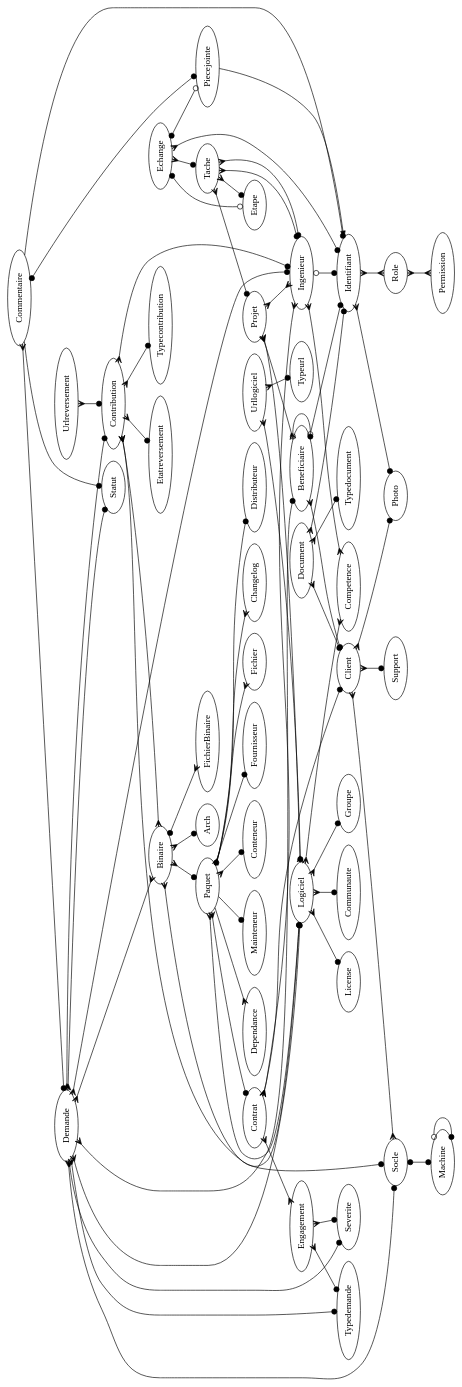
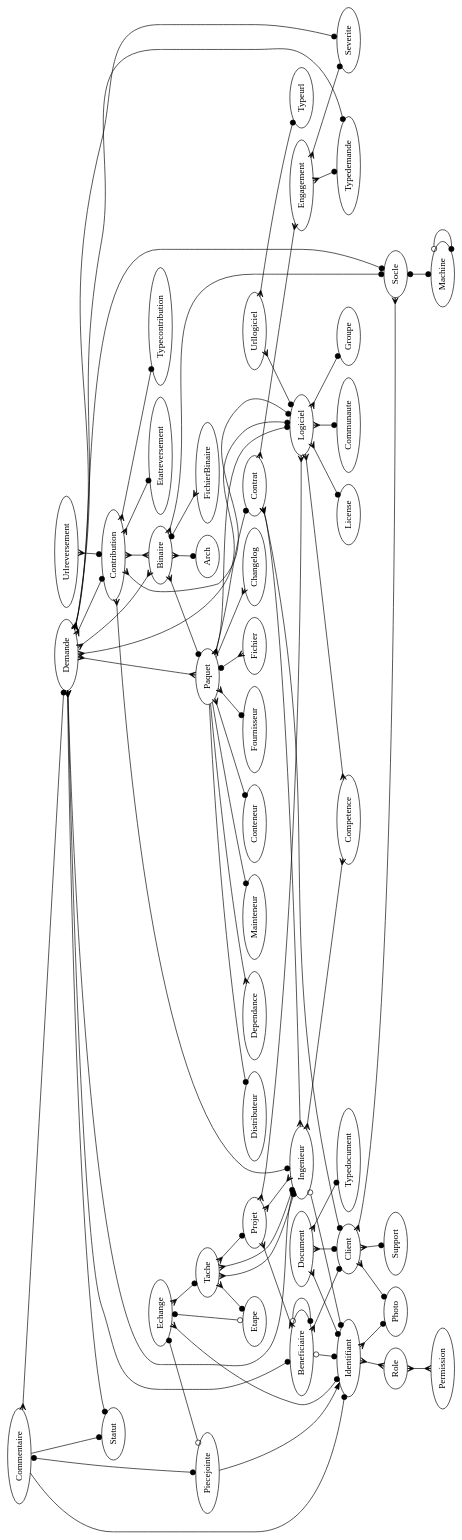
One commit to trivoallan/tosca changed the diagram in doc/modele_donnee.dot. Above: the diagram before and after it, drawn with Graphviz. The commit also changed 6 other files, not shown here.

```diff
--- a/doc/modele_donnee.dot
+++ b/doc/modele_donnee.dot
@@ -1,81 +1,82 @@
 digraph x {
 
 rotate=90;
 
 Binaire -> Paquet [arrowhead=dot,arrowtail=crow,dir=both]
 Binaire -> Socle [arrowhead=dot,dir=both,arrowtail=crow]
 Binaire -> Arch [arrowhead=dot,dir=both,arrowtail=crow]
 Binaire -> FichierBinaire [arrowhead=crow,dir=both,arrowtail=dot]
 
 Beneficiaire -> Identifiant [arrowhead=dot,arrowtail=odot,dir=both]
 Beneficiaire -> Client [arrowhead=dot,dir=both,arrowtail=crow]
 Beneficiaire -> Beneficiaire [arrowhead=dot,arrowtail=odot,dir=both]
 Client -> Photo [arrowhead=dot,dir=both,arrowtail=crow]
 Client -> Support [arrowhead=dot,dir=both,arrowtail=crow]
 Client -> Socle [arrowhead=crow,dir=both,arrowtail=crow]
 Commentaire -> Demande [arrowhead=dot,dir=both,arrowtail=crow]
 Commentaire -> Identifiant [arrowhead=dot]
 Commentaire -> Piecejointe [arrowhead=dot,dir=both,arrowtail=dot]
 Commentaire -> Statut [arrowhead=dot]
 Contrat -> Client [arrowhead=dot,dir=both,arrowtail=crow]
 Contrat -> Ingenieur [arrowhead=crow,arrowtail=crow,dir=both]
 Contrat -> Engagement [arrowhead=crow,arrowtail=crow,dir=both]
 Identifiant -> Photo [arrowhead=dot,dir=both,arrowtail=crow]
 Identifiant -> Role [arrowhead=crow,arrowtail=crow,dir=both]
 Ingenieur -> Competence [arrowhead=crow,arrowtail=crow,dir=both]
 Ingenieur -> Identifiant [arrowhead=dot,arrowtail=odot,dir=both]
 Logiciel -> Competence [arrowhead=crow,arrowtail=crow,dir=both]
 Logiciel -> License [arrowhead=dot,dir=both,arrowtail=crow]
 Logiciel -> Communaute [arrowhead=dot,dir=both,arrowtail=crow]
 Logiciel -> Groupe [arrowhead=dot,dir=both,arrowtail=crow]
 Paquet -> Logiciel [arrowhead=dot,dir=both,arrowtail=crow]
 Paquet -> Fournisseur [arrowhead=dot,dir=both,arrowtail=crow]
 Paquet -> Fichier [arrowhead=crow,dir=both,arrowtail=dot]
 Paquet -> Contrat [arrowhead=dot,dir=both,arrowtail=crow]
 Paquet -> Changelog [arrowhead=crow]
 Paquet -> Distributeur [arrowhead=dot]
 Paquet -> Dependance [arrowhead=crow]
 Paquet -> Mainteneur [arrowhead=dot]
 Paquet -> Conteneur [arrowhead=dot,dir=both,arrowtail=crow]
 Socle -> Machine [arrowhead=dot,dir=both,arrowtail=dot]
 Machine -> Machine [arrowhead=dot,dir=both,arrowtail=odot]
 Demande -> Typedemande [arrowhead=dot,dir=both,arrowtail=crow]
 Demande -> Logiciel [arrowhead=dot,dir=both,arrowtail=crow]
 Demande -> Severite [arrowhead=dot,dir=both,arrowtail=crow]
 Demande -> Beneficiaire [arrowhead=dot,dir=both,arrowtail=crow]
 Demande -> Socle [arrowhead=dot,dir=both,arrowtail=crow]
 Demande -> Statut [arrowhead=dot,dir=both,arrowtail=crow]
 Demande -> Ingenieur [arrowhead=dot,dir=both,arrowtail=crow]
 Demande -> Binaire [arrowhead=crow,arrowtail=crow,dir=both]
+Demande -> Paquet [arrowhead=crow,arrowtail=crow,dir=both]
 Urllogiciel -> Logiciel [arrowhead=dot,dir=both,arrowtail=crow]
 Urllogiciel -> Typeurl [arrowhead=dot,dir=both,arrowtail=crow]
 Engagement -> Severite [arrowhead=dot,dir=both,arrowtail=crow]
 Engagement -> Typedemande [arrowhead=dot,dir=both,arrowtail=crow]
 Role -> Permission [arrowhead=crow,arrowtail=crow,dir=both]
 Contribution -> Binaire [arrowhead=crow,arrowtail=crow,dir=both]
 Urlreversement -> Contribution [arrowhead=dot,dir=both,arrowtail=crow]
 Demande -> Contribution [arrowhead=dot,dir=both,arrowtail=crow]
 Contribution -> Etatreversement [arrowhead=dot,dir=both,arrowtail=crow]
 Contribution -> Typecontribution [arrowhead=dot,dir=both,arrowtail=crow]
 Contribution -> Logiciel [arrowhead=dot,dir=both,arrowtail=crow]
 Contribution -> Ingenieur [arrowhead=dot,dir=both,arrowtail=crow]
 Piecejointe -> Identifiant [arrowtail=crow]
 Document -> Client [arrowhead=dot,dir=both,arrowtail=crow]
 Document -> Typedocument [arrowhead=dot,dir=both,arrowtail=crow]
 Document -> Identifiant [arrowhead=dot,dir=both,arrowtail=crow]
 
 Tache -> Ingenieur [arrowhead=dot,dir=both,arrowtail=crow]
 Tache -> Ingenieur [arrowhead=dot,dir=both,arrowtail=crow]
 Tache -> Projet [arrowhead=dot,dir=both,arrowtail=crow]
 Tache -> Etape [arrowhead=dot,dir=both,arrowtail=crow]
 
 Projet -> Logiciel [arrowhead=crow,dir=both,arrowtail=crow]
 Projet -> Beneficiaire [arrowhead=crow,dir=both,arrowtail=crow]
 Projet -> Ingenieur [arrowhead=crow,dir=both,arrowtail=crow]
 
 Echange -> Tache [arrowhead=dot,dir=both,arrowtail=crow]
 Echange -> Identifiant [arrowhead=dot,dir=both,arrowtail=crow]
 Echange -> Piecejointe [arrowhead=odot,dir=both,arrowtail=dot]
 Echange -> Etape [arrowhead=odot,dir=both,arrowtail=dot]
 
 }
```
